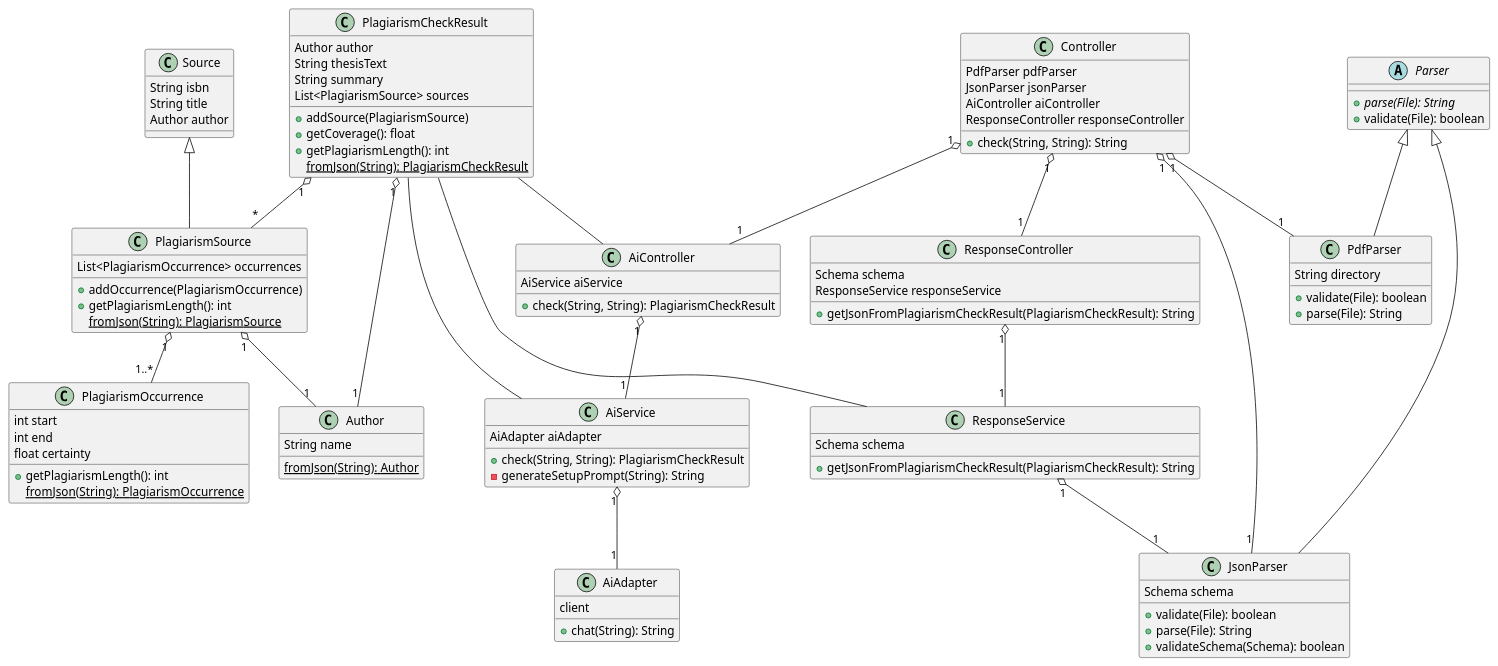
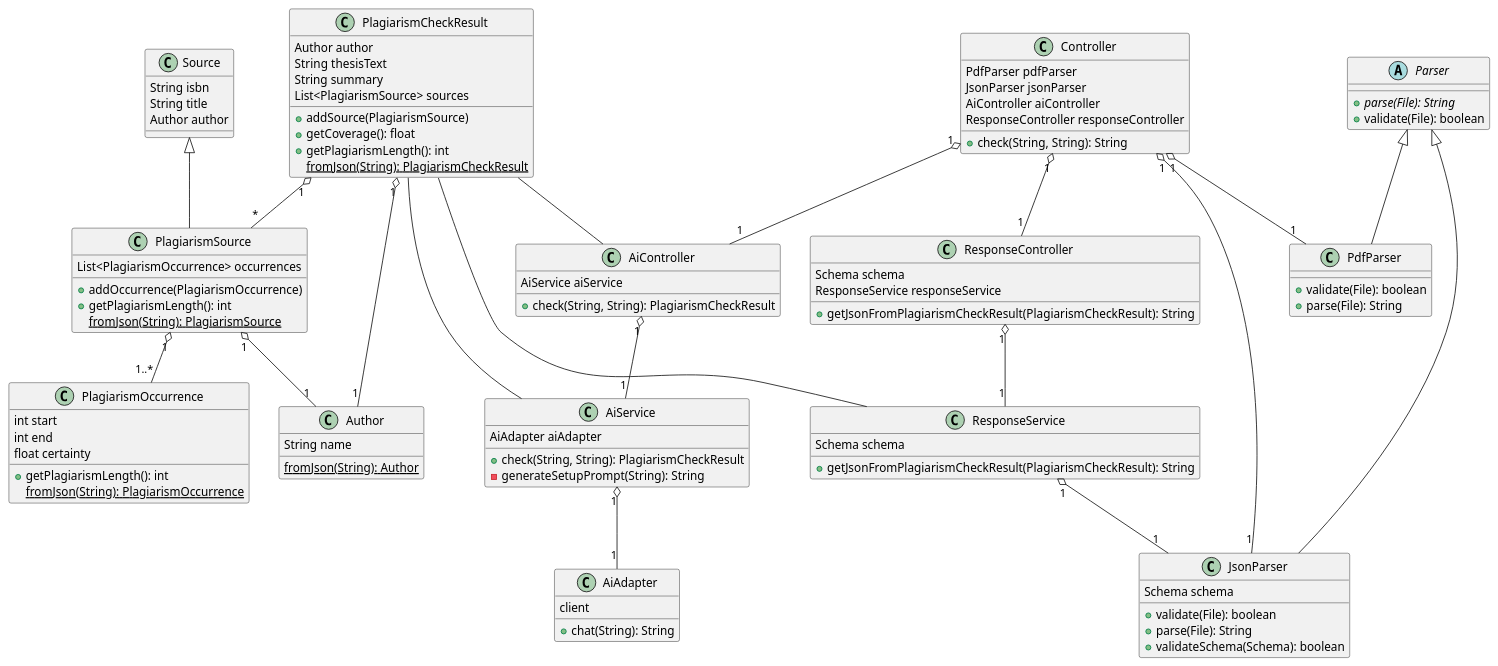
The diagram in diagrams/classes.puml (DHBW-FN/ti21-sweng2), drawn with PlantUML before and after one commit. The commit also changed 1 other file, not shown here.

```diff
--- a/diagrams/classes.puml
+++ b/diagrams/classes.puml
@@ -1,109 +1,108 @@
 @startuml Klassendiagramm
 class PlagiarismCheckResult {
     Author author
     String thesisText
     String summary
     List<PlagiarismSource> sources
     +addSource(PlagiarismSource)
     +getCoverage(): float
     +getPlagiarismLength(): int
     {static} fromJson(String): PlagiarismCheckResult
 }
 
 class PlagiarismSource extends Source {
     List<PlagiarismOccurrence> occurrences
     +addOccurrence(PlagiarismOccurrence)
     +getPlagiarismLength(): int
     {static} fromJson(String): PlagiarismSource
 }
 
 class PlagiarismOccurrence {
     int start
     int end
     float certainty
     +getPlagiarismLength(): int
     {static} fromJson(String): PlagiarismOccurrence
 }
 
 class Author {
     String name
     {static} fromJson(String): Author
 }
 
 class Source {
     String isbn
     String title
     Author author
 }
 
 abstract class Parser {
     {abstract} +parse(File): String
     +validate(File): boolean
 }
 
 class PdfParser extends Parser {
-    String directory
     +validate(File): boolean
     +parse(File): String
 }
 
 class JsonParser extends Parser {
     Schema schema
     +validate(File): boolean
     +parse(File): String
     +validateSchema(Schema): boolean
 }
 
 class Controller {
     PdfParser pdfParser
     JsonParser jsonParser
     AiController aiController
     ResponseController responseController
     +check(String, String): String
 }
 
 class AiController {
     AiService aiService
     +check(String, String): PlagiarismCheckResult
 }
 
 class AiService {
     AiAdapter aiAdapter
     +check(String, String): PlagiarismCheckResult
     -generateSetupPrompt(String): String
 }
 
 class AiAdapter {
     client
     +chat(String): String
 }
 
 class ResponseController {
     Schema schema
     ResponseService responseService
     +getJsonFromPlagiarismCheckResult(PlagiarismCheckResult): String
 }
 
 class ResponseService {
     Schema schema
     +getJsonFromPlagiarismCheckResult(PlagiarismCheckResult): String
 }
 
 Controller "1" o-- "1" PdfParser
 Controller "1" o-- "1" JsonParser
 Controller "1" o-- "1" AiController
 AiController "1" o-- "1" AiService
 AiService "1" o-- "1" AiAdapter
 Controller "1" o-- "1" ResponseController
 ResponseController "1" o-- "1" ResponseService
 ResponseService "1" o-- "1" JsonParser
 
 PlagiarismCheckResult -- AiController
 PlagiarismCheckResult -- AiService
 PlagiarismCheckResult -- ResponseService
 
 PlagiarismCheckResult "1" o-- "*" PlagiarismSource
 PlagiarismCheckResult "1" o-- "1" Author
 PlagiarismSource "1" o-- "1..*" PlagiarismOccurrence
 PlagiarismSource "1" o-- "1" Author
 @enduml
```
